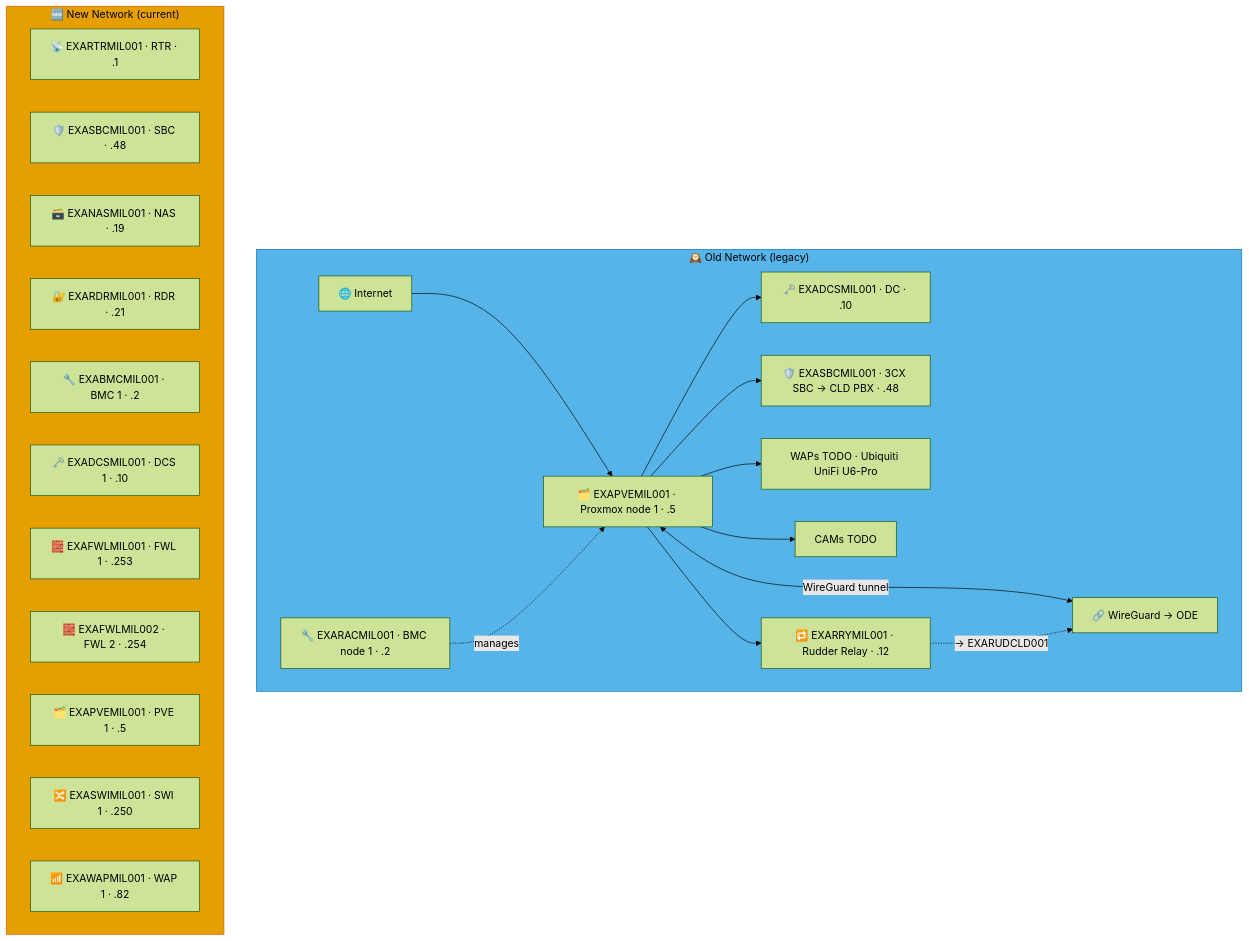
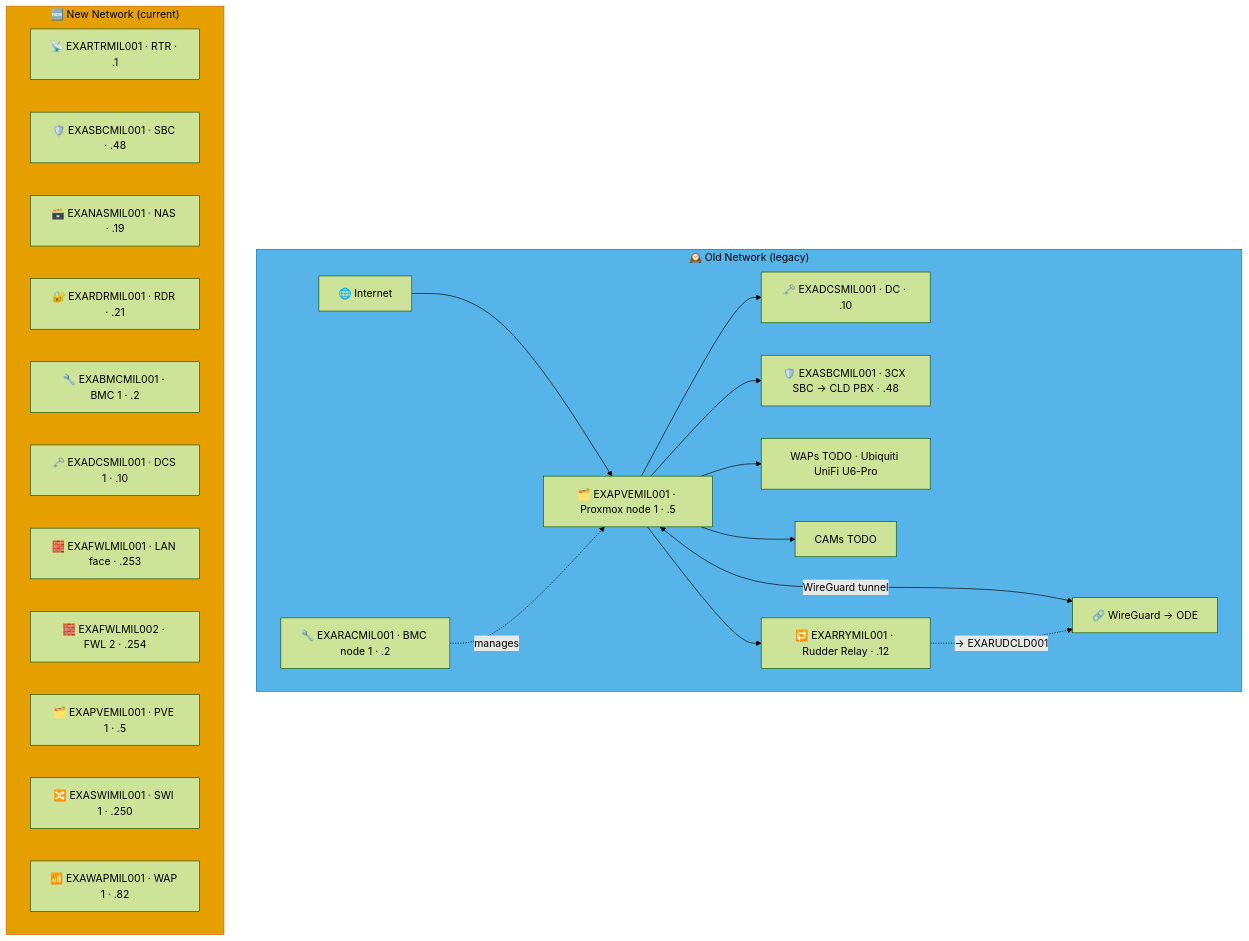
The diagram in docs/network-diagram/italia.md (knightmare2600/example_music_infra), drawn with Mermaid (forest theme) before and after one commit. The commit also changed 17 other files, not shown here.

````diff
--- a/docs/network-diagram/italia.md
+++ b/docs/network-diagram/italia.md
@@ -16,39 +16,39 @@
 ```mermaid
 graph TD
     subgraph OLD_MIL ["🕰️ Old Network (legacy)"]
       INET["🌐 Internet"]
       RAC["🔧 EXARACMIL001 · BMC node 1 · .2"]
       PVE["🗂️ EXAPVEMIL001 · Proxmox node 1 · .5"]
       DC["🗝️ EXADCSMIL001 · DC · .10"]
       SBC["🛡️ EXASBCMIL001 · 3CX SBC → CLD PBX · .48"]
       RRY["🔁 EXARRYMIL001 · Rudder Relay · .12"]
       WAP["WAPs TODO · Ubiquiti UniFi U6-Pro"]
       CAM["CAMs TODO"]
       VPN["🔗 WireGuard → ODE"]
 
       INET --> PVE --> DC & SBC
       RAC -.->|"manages"| PVE
       PVE --> WAP & CAM
       PVE <-->|"WireGuard tunnel"| VPN
 
       PVE --> RRY
       RRY -. "→ EXARUDCLD001" .-> VPN
     end
     style OLD_MIL fill:#56B4E9,stroke:#0072B2,color:#000000
     %% GENERATED:NEW-NETWORK:MIL:START
     subgraph NEW_MIL ["🆕 New Network (current)"]
       N_RTR["📡 EXARTRMIL001 · RTR · .1"]
       N_SBC["🛡️ EXASBCMIL001 · SBC · .48"]
       N_NAS["🗃️ EXANASMIL001 · NAS · .19"]
       N_RDR["🔐 EXARDRMIL001 · RDR · .21"]
       N_BMC["🔧 EXABMCMIL001 · BMC 1 · .2"]
       N_DCS["🗝️ EXADCSMIL001 · DCS 1 · .10"]
-      N_FWL["🧱 EXAFWLMIL001 · FWL 1 · .253"]
+      N_FWL["🧱 EXAFWLMIL001 · LAN face · .253"]
       N_FWL2["🧱 EXAFWLMIL002 · FWL 2 · .254"]
       N_PVE["🗂️ EXAPVEMIL001 · PVE 1 · .5"]
       N_SWI["🔀 EXASWIMIL001 · SWI 1 · .250"]
       N_WAP["📶 EXAWAPMIL001 · WAP 1 · .82"]
     end
     style NEW_MIL fill:#E69F00,stroke:#D55E00,color:#000000
     %% GENERATED:NEW-NETWORK:MIL:END
 ```
````
